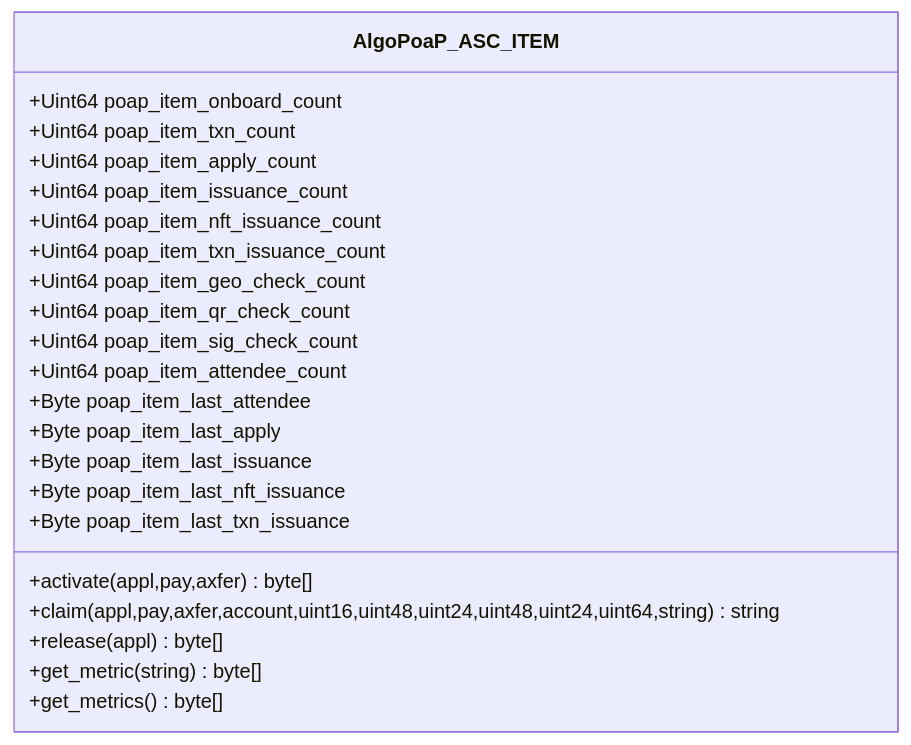
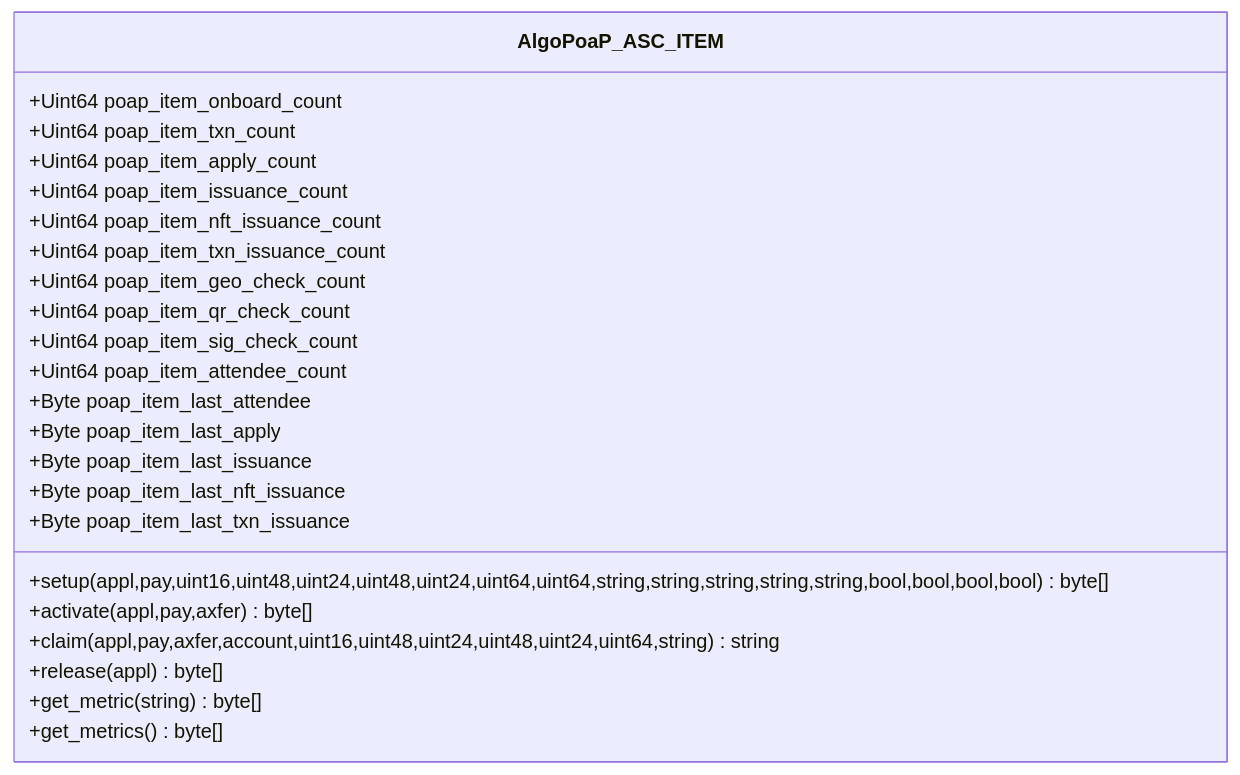
The seventh of 7 diagrams in README.md (Sun-C0ffee/algopoap-smartcontracts), drawn with Mermaid before and after one commit. The commit also changed other lines of this file and 1 other file, not shown here.

Commit message:
Update README.md and ASC ABI schema

````diff
--- a/README.md
+++ b/README.md
@@ -345,29 +369,30 @@
 ```mermaid
   classDiagram
     class AlgoPoaP_ASC_ITEM
     AlgoPoaP_ASC_ITEM : +Uint64 poap_item_onboard_count
     AlgoPoaP_ASC_ITEM : +Uint64 poap_item_txn_count
     AlgoPoaP_ASC_ITEM : +Uint64 poap_item_apply_count
     AlgoPoaP_ASC_ITEM : +Uint64 poap_item_issuance_count
     AlgoPoaP_ASC_ITEM : +Uint64 poap_item_nft_issuance_count
     AlgoPoaP_ASC_ITEM : +Uint64 poap_item_txn_issuance_count
 
     AlgoPoaP_ASC_ITEM : +Uint64 poap_item_geo_check_count
     AlgoPoaP_ASC_ITEM : +Uint64 poap_item_qr_check_count
     AlgoPoaP_ASC_ITEM : +Uint64 poap_item_sig_check_count
 
     AlgoPoaP_ASC_ITEM : +Uint64 poap_item_attendee_count
     AlgoPoaP_ASC_ITEM : +Byte poap_item_last_attendee
     AlgoPoaP_ASC_ITEM : +Byte poap_item_last_apply
     AlgoPoaP_ASC_ITEM : +Byte poap_item_last_issuance
     AlgoPoaP_ASC_ITEM : +Byte poap_item_last_nft_issuance
     AlgoPoaP_ASC_ITEM : +Byte poap_item_last_txn_issuance
+    AlgoPoaP_ASC_ITEM : +setup(appl,pay,uint16,uint48,uint24,uint48,uint24,uint64,uint64,string,string,string,string,string,bool,bool,bool,bool)byte[]
     AlgoPoaP_ASC_ITEM : +activate(appl,pay,axfer)byte[]
     AlgoPoaP_ASC_ITEM : +claim(appl,pay,axfer,account,uint16,uint48,uint24,uint48,uint24,uint64,string)string
     AlgoPoaP_ASC_ITEM : +release(appl)byte[]
     AlgoPoaP_ASC_ITEM : +get_metric(string)byte[]
     AlgoPoaP_ASC_ITEM : +get_metrics()byte[]
     
   
     
 ```
````
